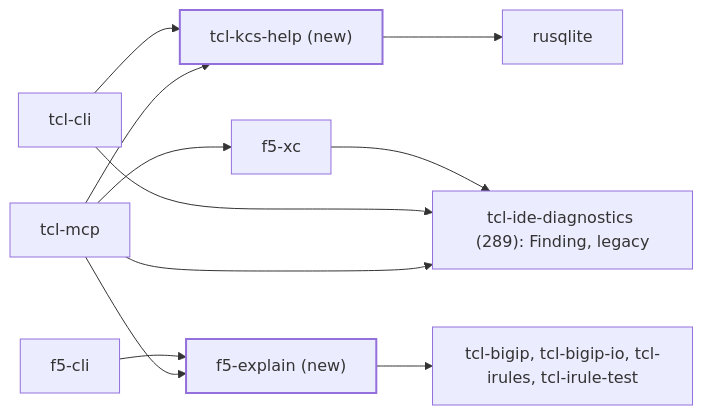
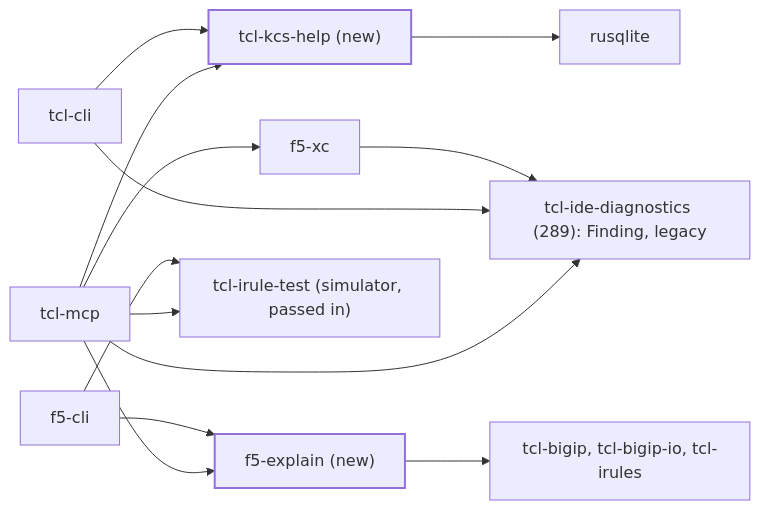
One commit to bitwisecook/tcl-lsp changed the second of 2 diagrams in docs/design/workspace/293-mcp.md. Above: the diagram before and after it, drawn with Mermaid. The commit also changed other lines of this file and 10 other files, not shown here.

````diff
--- a/docs/design/workspace/293-mcp.md
+++ b/docs/design/workspace/293-mcp.md
@@ -171,24 +215,27 @@
 ```mermaid
 flowchart LR
   mcp["tcl-mcp"]
   cli["tcl-cli"]
   f5cli["f5-cli"]
   kcs["tcl-kcs-help (new)"]
   explain["f5-explain (new)"]
   f5xc["f5-xc"]
   ideDiag["tcl-ide-diagnostics (289): Finding, legacy"]
   sqlite["rusqlite"]
-  bigip["tcl-bigip, tcl-bigip-io, tcl-irules, tcl-irule-test"]
+  bigip["tcl-bigip, tcl-bigip-io, tcl-irules"]
+  simulator["tcl-irule-test (simulator, passed in)"]
   mcp --> kcs
   mcp --> explain
   mcp --> f5xc
   mcp --> ideDiag
   cli --> kcs
   cli --> ideDiag
   f5cli --> explain
+  mcp --> simulator
+  f5cli --> simulator
   kcs --> sqlite
   explain --> bigip
   f5xc --> ideDiag
   classDef new stroke-width:2px;
   class kcs,explain new;
 ```
````
